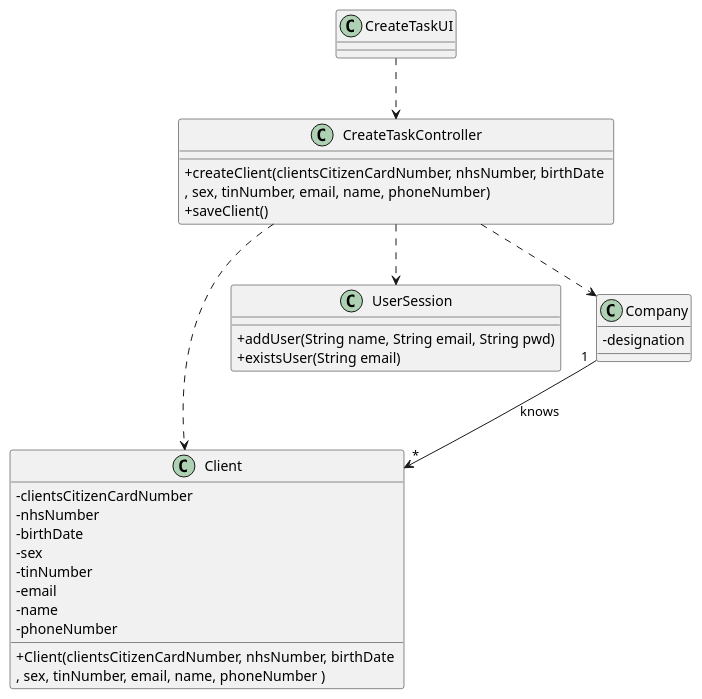
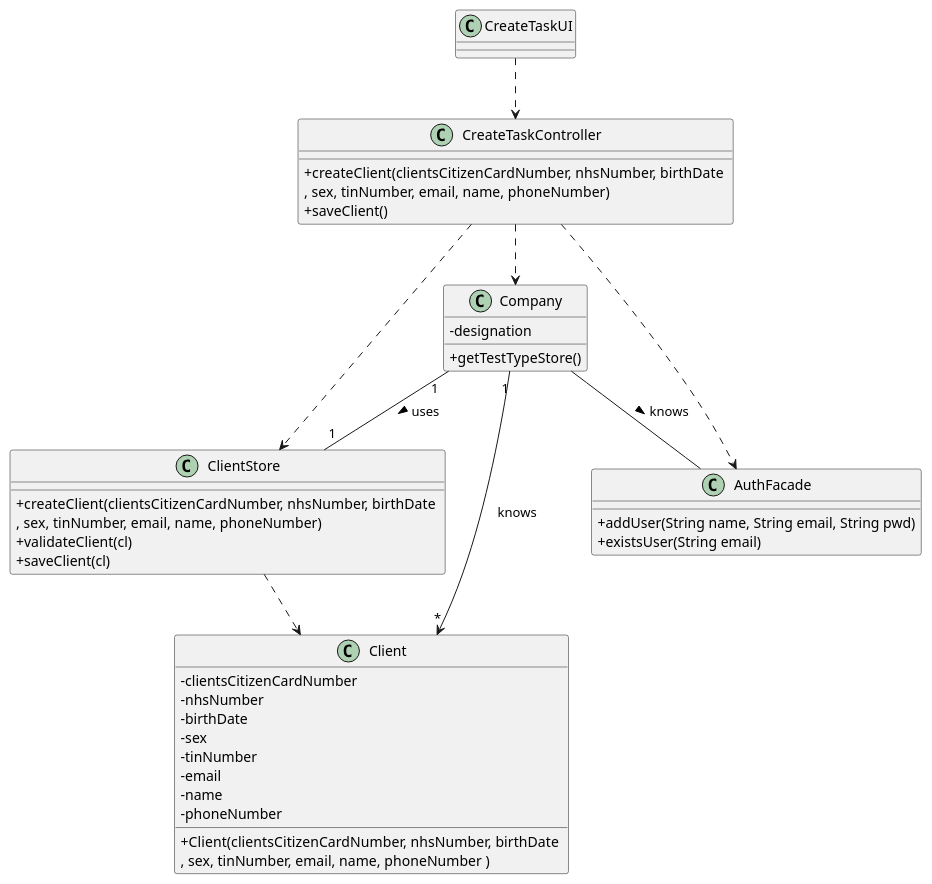
One commit to ana-albergaria/LAPR2-ISEP changed the diagram in docs/SprintB/US_3/US3_CD.puml. Above: the diagram before and after it, drawn with PlantUML. The commit also changed 2 other files, not shown here.

```diff
--- a/docs/SprintB/US_3/US3_CD.puml
+++ b/docs/SprintB/US_3/US3_CD.puml
@@ -1,48 +1,58 @@
 @startuml
 skinparam classAttributeIconSize 0
 
 class Client {
 -clientsCitizenCardNumber
 -nhsNumber
 -birthDate
 -sex
 -tinNumber
 -email
 -name
 -phoneNumber
 +Client(clientsCitizenCardNumber, nhsNumber, birthDate \n, sex, tinNumber, email, name, phoneNumber )
 }
 
-class UserSession{
+class ClientStore{
++createClient(clientsCitizenCardNumber, nhsNumber, birthDate \n, sex, tinNumber, email, name, phoneNumber)
++validateClient(cl)
++saveClient(cl)
+}
+
+
+class AuthFacade{
 +addUser(String name, String email, String pwd)
 +existsUser(String email)
 }
 
 
 
 class Company {
 -designation
++getTestTypeStore()
 }
 
 
 
 
 
 class CreateTaskController {
   +createClient(clientsCitizenCardNumber, nhsNumber, birthDate \n, sex, tinNumber, email, name, phoneNumber)
   +saveClient()
 }
 
 class CreateTaskUI {
 
 }
 
 CreateTaskUI ..> CreateTaskController
 CreateTaskController ..> Company
-CreateTaskController ..> Client
-CreateTaskController ..> UserSession
+CreateTaskController ..> AuthFacade
+CreateTaskController ..> ClientStore
 '/Client ..> UserSession'/
 Company "1" --> "*" Client : knows
-
+Company "1" -- "1" ClientStore : uses >
+Company  --  AuthFacade : knows >
+ClientStore ..> Client
 
 @enduml
```
